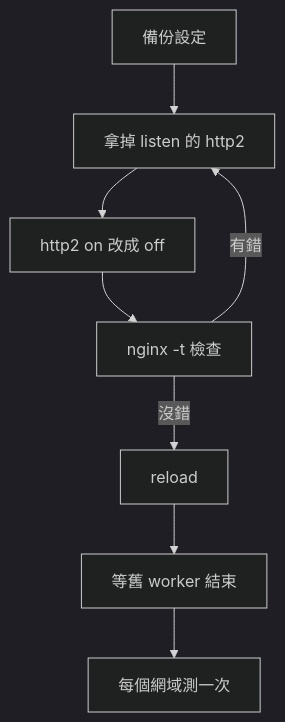
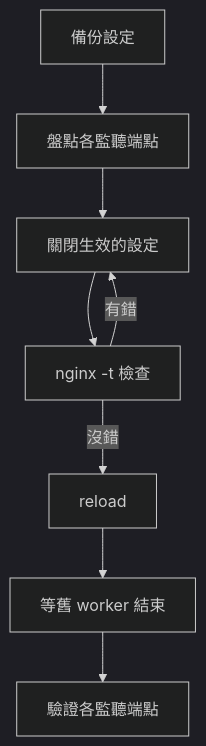
The second of 2 diagrams in _posts/2026-11-23-nginx-http2-cve-2026-123007.md (justmaocom/justmaocom.github.io), drawn with Mermaid (dark theme) before and after one commit. The commit also changed other lines of this file and 2 other files, not shown here.

Commit message:
docs(posts): 改善 nginx HTTP/2 漏洞文章的敘述與銜接

````diff
--- a/_posts/2026-11-23-nginx-http2-cve-2026-123007.md
+++ b/_posts/2026-11-23-nginx-http2-cve-2026-123007.md
@@ -236,10 +255,10 @@
 ```mermaid
 flowchart TD
-  A[備份設定] --> B["拿掉 listen 的 http2"]
-  B --> C["http2 on 改成 off"]
+  A[備份設定] --> B[盤點各監聽端點]
+  B --> C[關閉生效的設定]
   C --> D["nginx -t 檢查"]
-  D -->|有錯| B
+  D -->|有錯| C
   D -->|沒錯| E[reload]
   E --> F[等舊 worker 結束]
-  F --> G[每個網域測一次]
+  F --> G[驗證各監聽端點]
 ```
````
